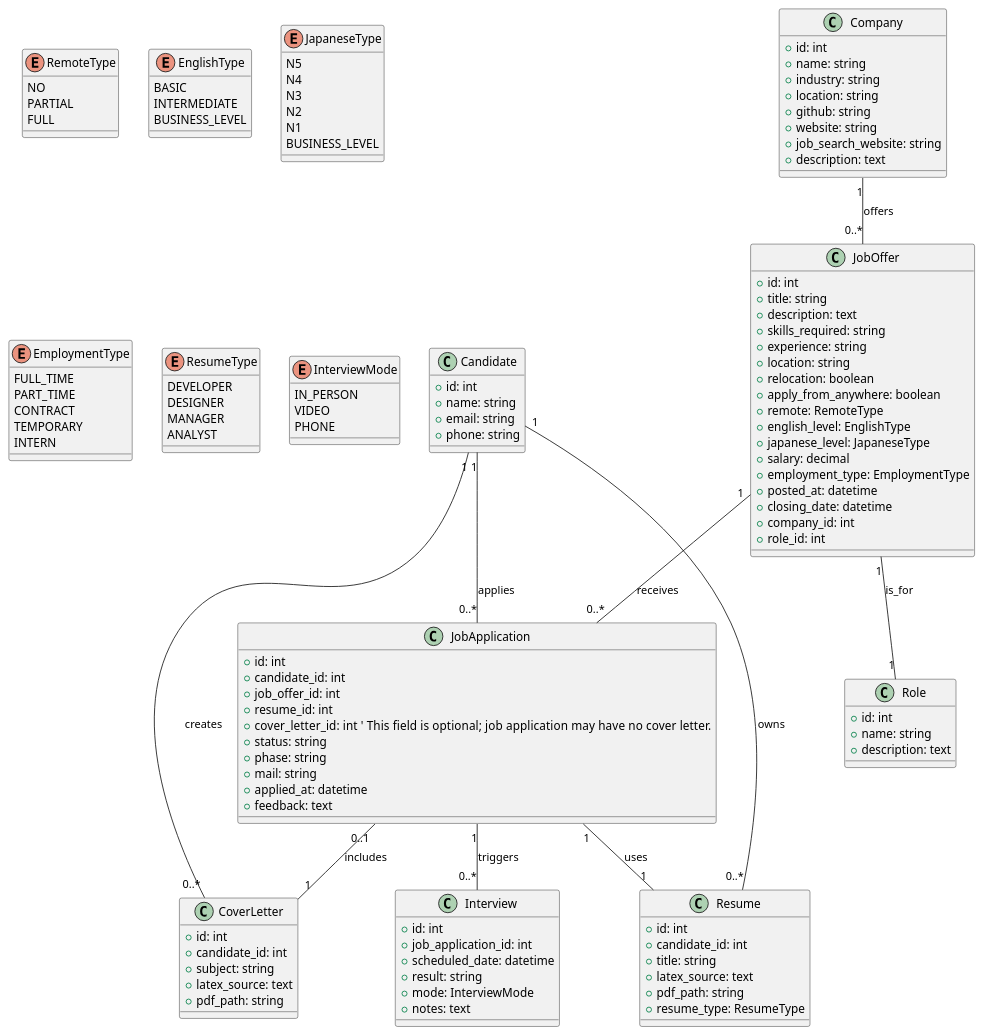
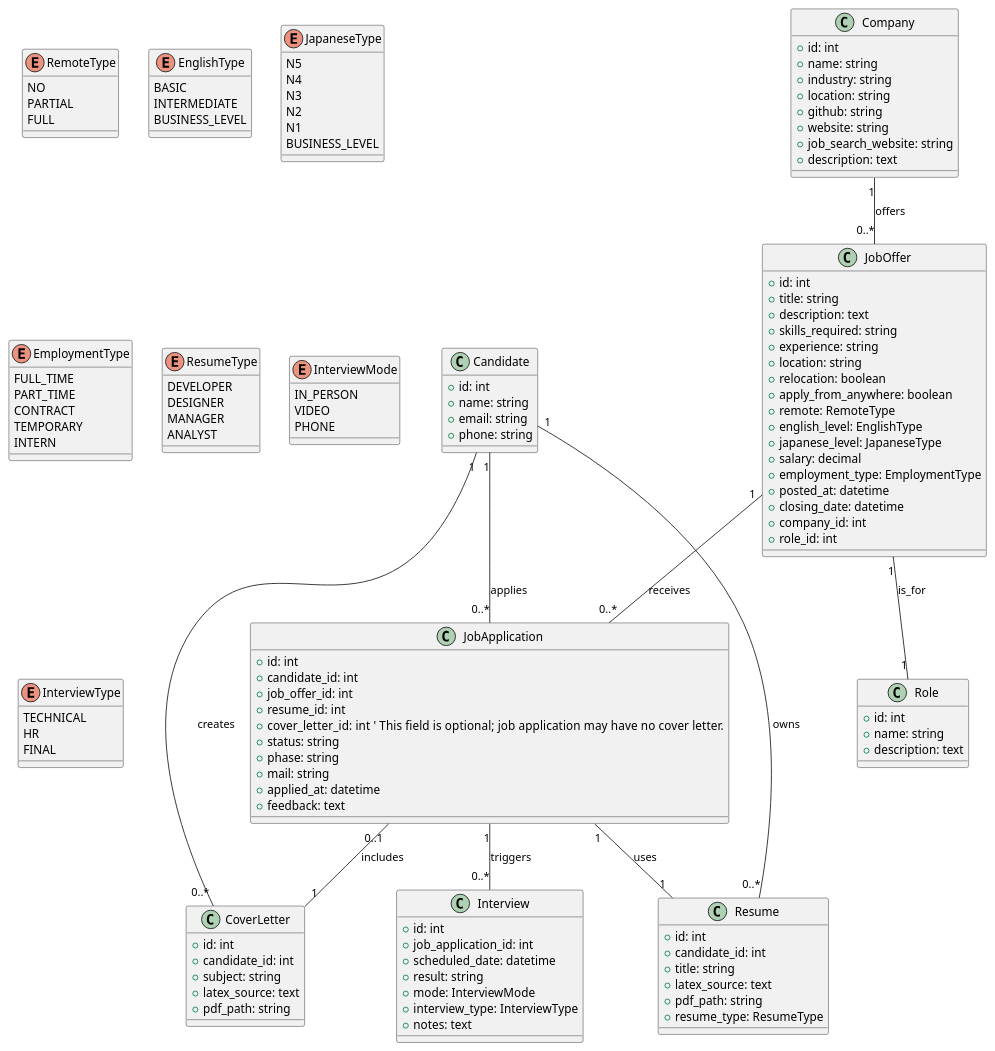
Before and after one commit to cryptrunner49/job-hunters: the diagram in docs/class_diagram.puml, drawn with PlantUML. The commit also changed 1 other file, not shown here.

Commit message:
Update class diagram

```diff
--- a/docs/class_diagram.puml
+++ b/docs/class_diagram.puml
@@ -1,152 +1,158 @@
 @startuml
 
 ' Candidate represents a user applying to jobs.
 class Candidate {
   + id: int
   + name: string
   + email: string
   + phone: string
 }
 
 ' Company offers many JobOffers.
 class Company {
   + id: int
   + name: string
   + industry: string
   + location: string
   + github: string
   + website: string
   + job_search_website: string
   + description: text
 }
 
 ' Role defines the position for a JobOffer.
 class Role {
   + id: int
   + name: string
   + description: text
 }
 
 ' JobOffer belongs to one Company and is associated with one Role.
 class JobOffer {
   + id: int
   + title: string
   + description: text
   + skills_required: string
   + experience: string
   + location: string
   + relocation: boolean
   + apply_from_anywhere: boolean
   + remote: RemoteType
   + english_level: EnglishType
   + japanese_level: JapaneseType
   + salary: decimal
   + employment_type: EmploymentType
   + posted_at: datetime
   + closing_date: datetime
   + company_id: int
   + role_id: int
 }
 
 ' Resume represents one of the candidate's CVs.
 class Resume {
   + id: int
   + candidate_id: int
   + title: string
   + latex_source: text
   + pdf_path: string
   + resume_type: ResumeType
 }
 
 ' CoverLetter represents a cover letter a candidate can create.
 class CoverLetter {
   + id: int
   + candidate_id: int
   + subject: string
   + latex_source: text
   + pdf_path: string
 }
 
 ' JobApplication links a candidate (with a Resume and an optional CoverLetter) to a JobOffer.
 class JobApplication {
   + id: int
   + candidate_id: int
   + job_offer_id: int
   + resume_id: int
   + cover_letter_id: int   ' This field is optional; job application may have no cover letter.
   + status: string
   + phase: string
   + mail: string
   + applied_at: datetime
   + feedback: text
 }
 
 ' Interview is scheduled for a JobApplication.
 class Interview {
   + id: int
   + job_application_id: int
   + scheduled_date: datetime
   + result: string
   + mode: InterviewMode
+  + interview_type: InterviewType
   + notes: text
 }
 
-' Enums definitions
+' Enum definitions
 enum RemoteType {
   NO
   PARTIAL
   FULL
 }
 
 enum EnglishType {
   BASIC
   INTERMEDIATE
   BUSINESS_LEVEL
 }
 
 enum JapaneseType {
   N5
   N4
   N3
   N2
   N1
   BUSINESS_LEVEL
 }
 
 enum EmploymentType {
   FULL_TIME
   PART_TIME
   CONTRACT
   TEMPORARY
   INTERN
 }
 
 enum ResumeType {
   DEVELOPER
   DESIGNER
   MANAGER
   ANALYST
 }
 
 enum InterviewMode {
   IN_PERSON
   VIDEO
   PHONE
 }
 
+enum InterviewType {
+  TECHNICAL
+  HR
+  FINAL
+}
+
 ' Define relationships
 Candidate "1" -- "0..*" Resume : owns
 Candidate "1" -- "0..*" CoverLetter : creates
 Candidate "1" -- "0..*" JobApplication : applies
 
 Company "1" -- "0..*" JobOffer : offers
 
 JobOffer "1" -- "1" Role : is_for
 JobOffer "1" -- "0..*" JobApplication : receives
 
 JobApplication "1" -- "1" Resume : uses
 JobApplication "0..1" -- "1" CoverLetter : includes
-
 JobApplication "1" -- "0..*" Interview : triggers
 
 @enduml
```
